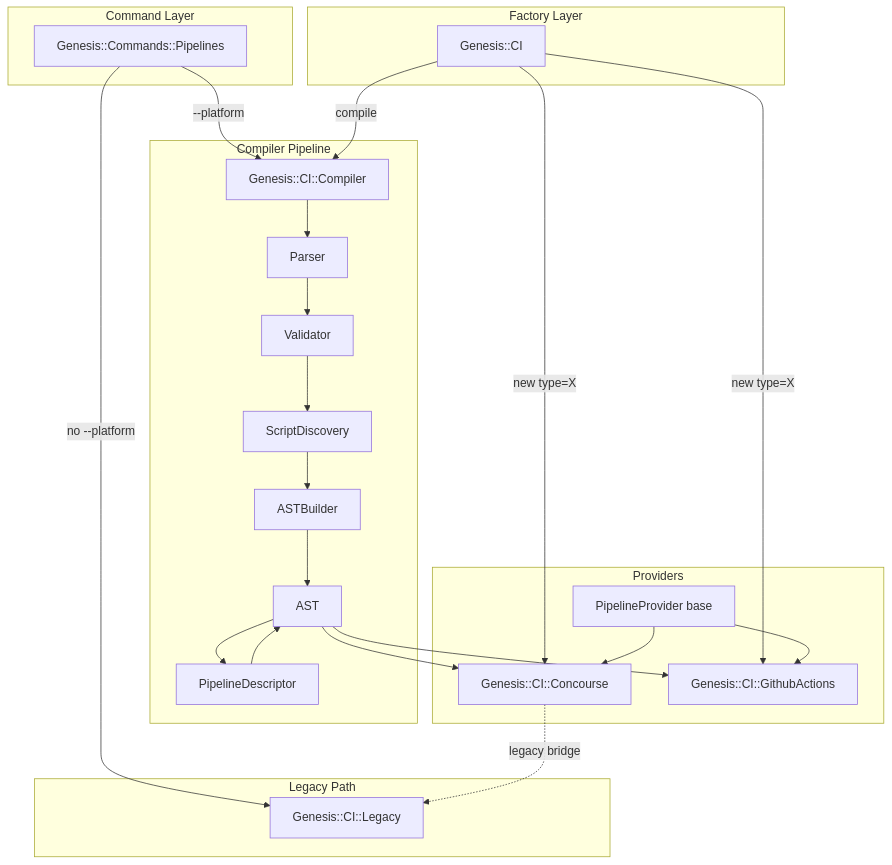
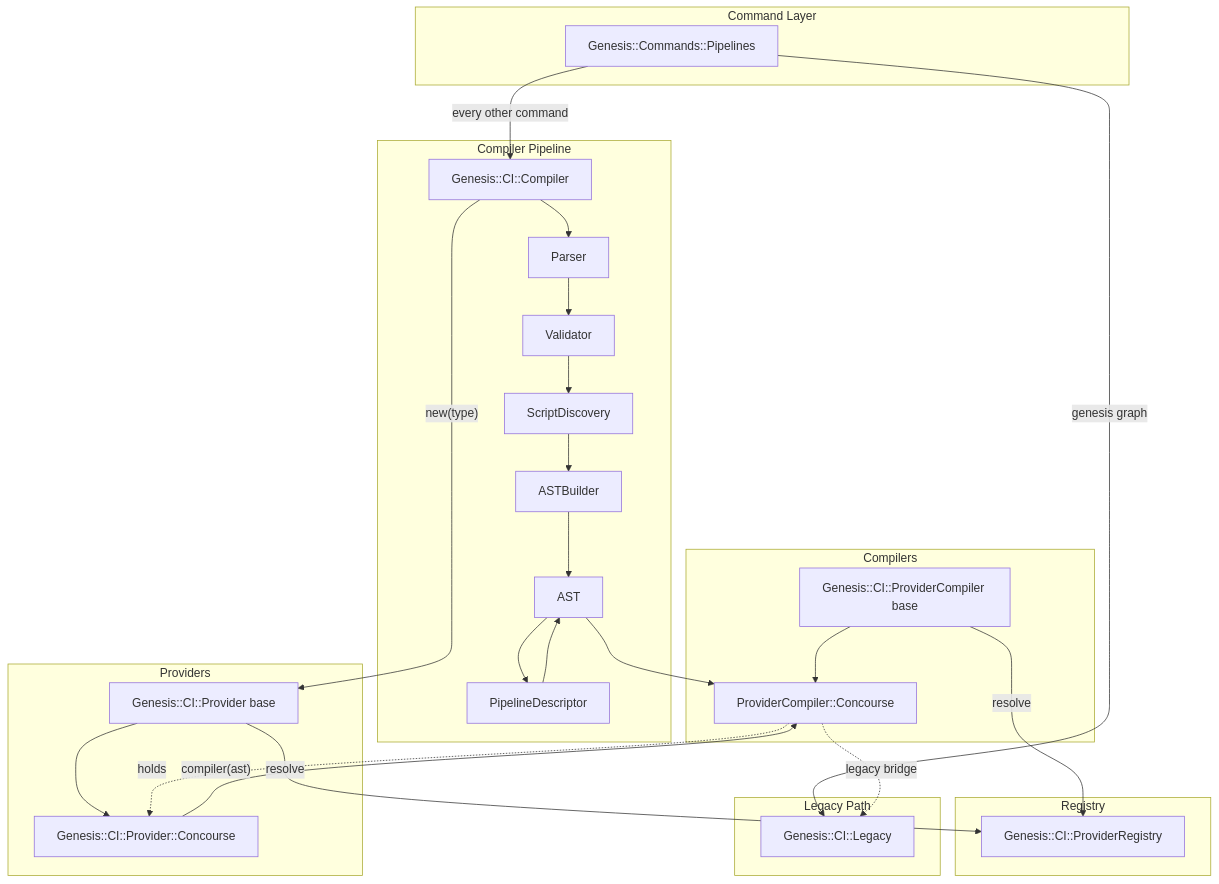
One commit to RubidiumStudios/genesis changed the diagram in docs/ci/dev/architecture.md. Above: the diagram before and after it, drawn with Mermaid. The commit also changed other lines of this file and 6 other files, not shown here.

First line of the commit message:
Say what the CI compiler tree now holds

````diff
--- a/docs/ci/dev/architecture.md
+++ b/docs/ci/dev/architecture.md
@@ -29,48 +18,53 @@
 ```mermaid
 graph TB
     subgraph "Command Layer"
         CMD[Genesis::Commands::Pipelines]
     end
 
-    subgraph "Factory Layer"
-        CI[Genesis::CI]
+    subgraph "Registry"
+        REG[Genesis::CI::ProviderRegistry]
     end
 
     subgraph "Legacy Path"
         LEG[Genesis::CI::Legacy]
     end
 
     subgraph "Compiler Pipeline"
         COMP[Genesis::CI::Compiler]
         PARSE[Parser]
         VAL[Validator]
         SD[ScriptDiscovery]
         AST_B[ASTBuilder]
         AST[AST]
         PD[PipelineDescriptor]
     end
 
     subgraph "Providers"
-        PP[PipelineProvider base]
-        CC[Genesis::CI::Concourse]
-        GHA[Genesis::CI::GithubActions]
+        PROV[Genesis::CI::Provider base]
+        PCON[Genesis::CI::Provider::Concourse]
     end
 
-    CMD -->|no --platform| LEG
-    CMD -->|--platform| COMP
-    CI -->|new type=X| CC
-    CI -->|new type=X| GHA
-    CI -->|compile| COMP
+    subgraph "Compilers"
+        PC[Genesis::CI::ProviderCompiler base]
+        CC[ProviderCompiler::Concourse]
+    end
+
+    CMD -->|genesis graph| LEG
+    CMD -->|every other command| COMP
     COMP --> PARSE
     PARSE --> VAL
     VAL --> SD
     SD --> AST_B
     AST_B --> AST
     AST --> PD
     PD --> AST
+    COMP -->|"new(type)"| PROV
+    PROV --> PCON
+    PCON -->|"compiler(ast)"| CC
+    PC --> CC
     AST --> CC
-    AST --> GHA
+    CC -.->|holds| PCON
     CC -.->|legacy bridge| LEG
-    PP --> CC
-    PP --> GHA
+    PROV -->|resolve| REG
+    PC -->|resolve| REG
 ```
````
